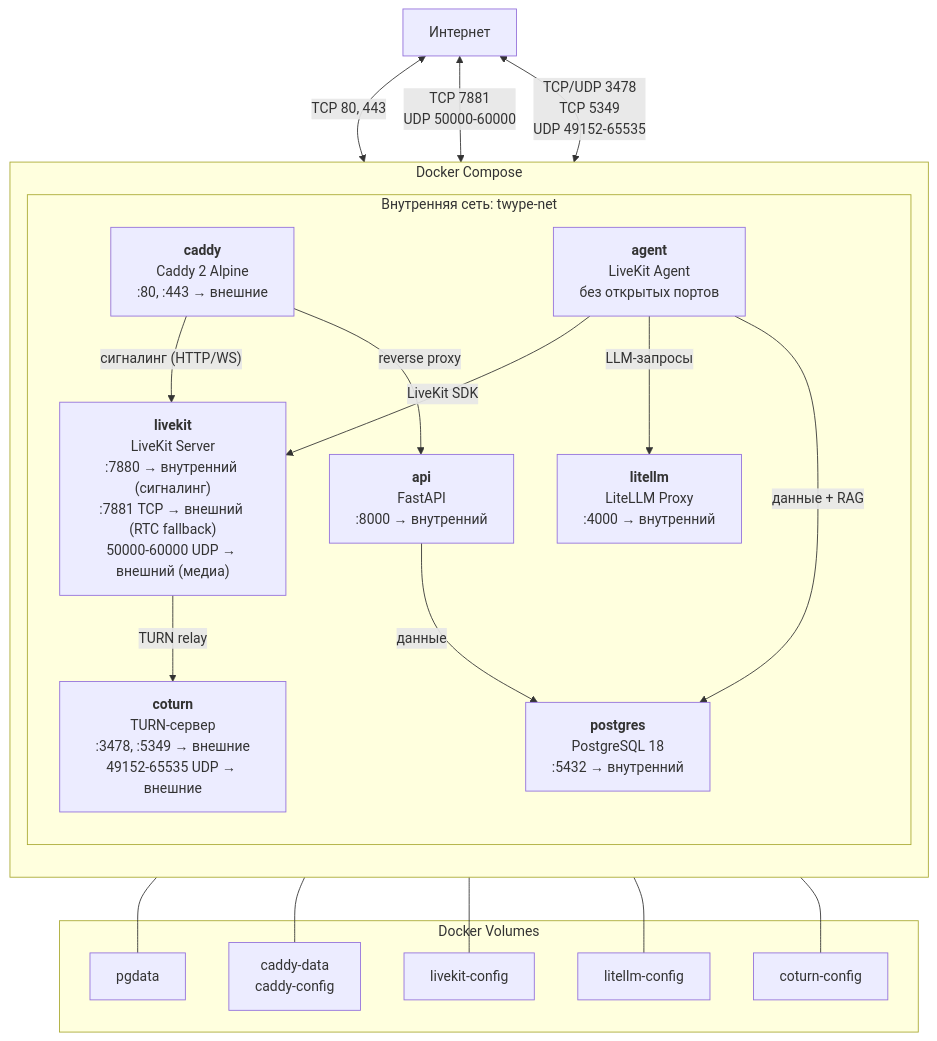
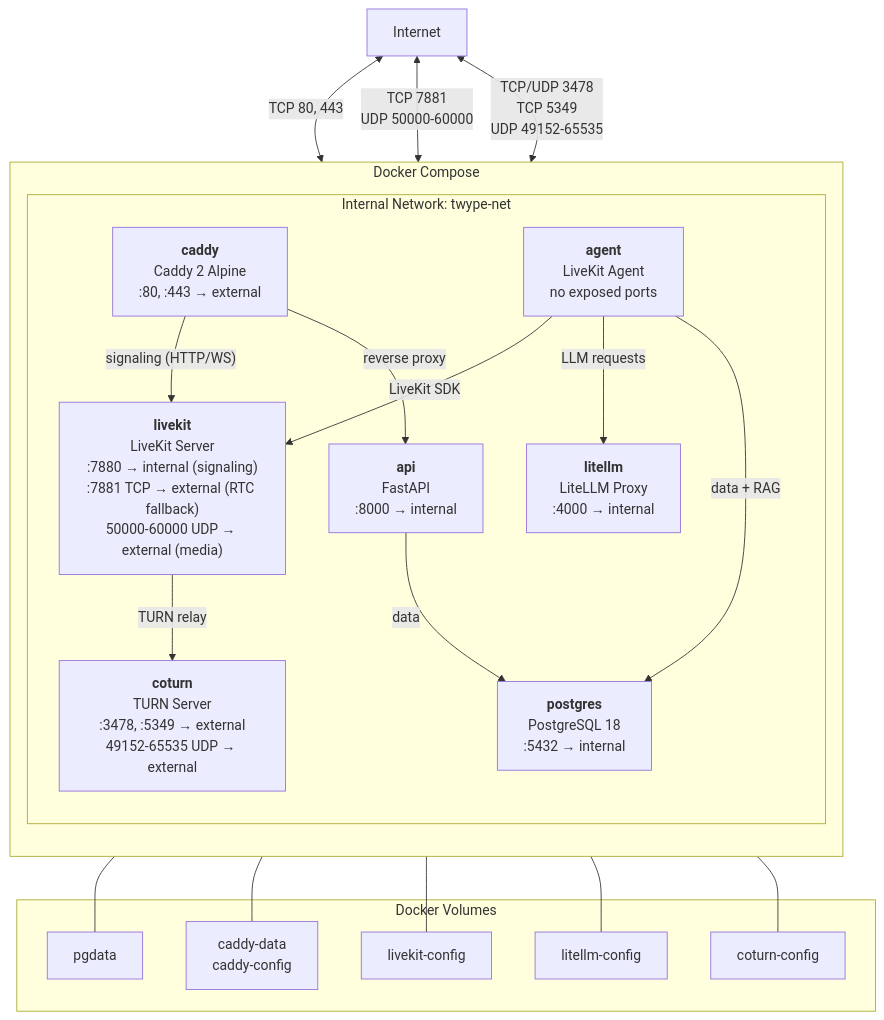
One commit to itechmeat/twype-voice changed the second of 25 diagrams in docs/architecture.md. Above: the diagram before and after it, drawn with Mermaid. The commit also changed other lines of this file and 30 other files, not shown here.

````diff
--- a/docs/architecture.md
+++ b/docs/architecture.md
@@ -84,42 +84,42 @@
 ```mermaid
 graph TB
     subgraph COMPOSE["Docker Compose"]
         direction TB
 
-        subgraph NET["Внутренняя сеть: twype-net"]
-            CADDY["<b>caddy</b><br/>Caddy 2 Alpine<br/>:80, :443 → внешние"]
-            API["<b>api</b><br/>FastAPI<br/>:8000 → внутренний"]
-            LIVEKIT["<b>livekit</b><br/>LiveKit Server<br/>:7880 → внутренний (сигналинг)<br/>:7881 TCP → внешний (RTC fallback)<br/>50000-60000 UDP → внешний (медиа)"]
-            AGENT["<b>agent</b><br/>LiveKit Agent<br/>без открытых портов"]
-            LITELLM["<b>litellm</b><br/>LiteLLM Proxy<br/>:4000 → внутренний"]
-            PG["<b>postgres</b><br/>PostgreSQL 18<br/>:5432 → внутренний"]
-            COTURN["<b>coturn</b><br/>TURN-сервер<br/>:3478, :5349 → внешние<br/>49152-65535 UDP → внешние"]
+        subgraph NET["Internal Network: twype-net"]
+            CADDY["<b>caddy</b><br/>Caddy 2 Alpine<br/>:80, :443 → external"]
+            API["<b>api</b><br/>FastAPI<br/>:8000 → internal"]
+            LIVEKIT["<b>livekit</b><br/>LiveKit Server<br/>:7880 → internal (signaling)<br/>:7881 TCP → external (RTC fallback)<br/>50000-60000 UDP → external (media)"]
+            AGENT["<b>agent</b><br/>LiveKit Agent<br/>no exposed ports"]
+            LITELLM["<b>litellm</b><br/>LiteLLM Proxy<br/>:4000 → internal"]
+            PG["<b>postgres</b><br/>PostgreSQL 18<br/>:5432 → internal"]
+            COTURN["<b>coturn</b><br/>TURN Server<br/>:3478, :5349 → external<br/>49152-65535 UDP → external"]
         end
     end
 
     subgraph VOL["Docker Volumes"]
         V_PG["pgdata"]
         V_CADDY["caddy-data<br/>caddy-config"]
         V_LK["livekit-config"]
         V_LLM["litellm-config"]
         V_TURN["coturn-config"]
     end
 
     PG --- V_PG
     CADDY --- V_CADDY
     LIVEKIT --- V_LK
     LITELLM --- V_LLM
     COTURN --- V_TURN
 
-    CADDY -->|"сигналинг (HTTP/WS)"| LIVEKIT
+    CADDY -->|"signaling (HTTP/WS)"| LIVEKIT
     CADDY -->|"reverse proxy"| API
     AGENT -->|"LiveKit SDK"| LIVEKIT
-    AGENT -->|"LLM-запросы"| LITELLM
-    AGENT -->|"данные + RAG"| PG
-    API -->|"данные"| PG
+    AGENT -->|"LLM requests"| LITELLM
+    AGENT -->|"data + RAG"| PG
+    API -->|"data"| PG
     LIVEKIT -->|"TURN relay"| COTURN
 
-    INET["Интернет"] <-->|"TCP 80, 443"| CADDY
+    INET["Internet"] <-->|"TCP 80, 443"| CADDY
     INET <-->|"TCP 7881<br/>UDP 50000-60000"| LIVEKIT
     INET <-->|"TCP/UDP 3478<br/>TCP 5349<br/>UDP 49152-65535"| COTURN
 ```
````
